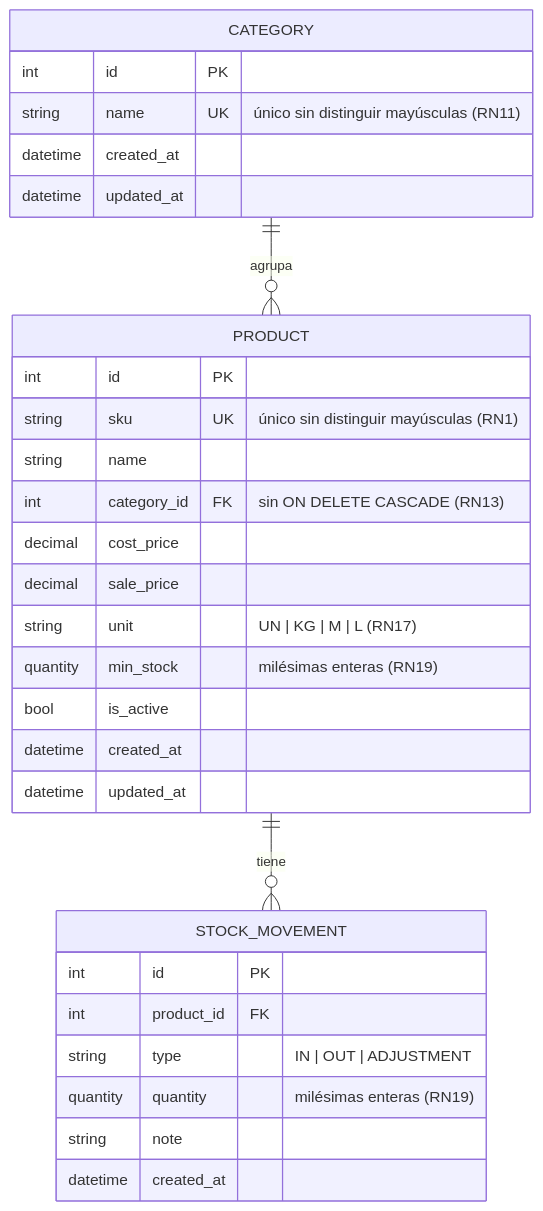
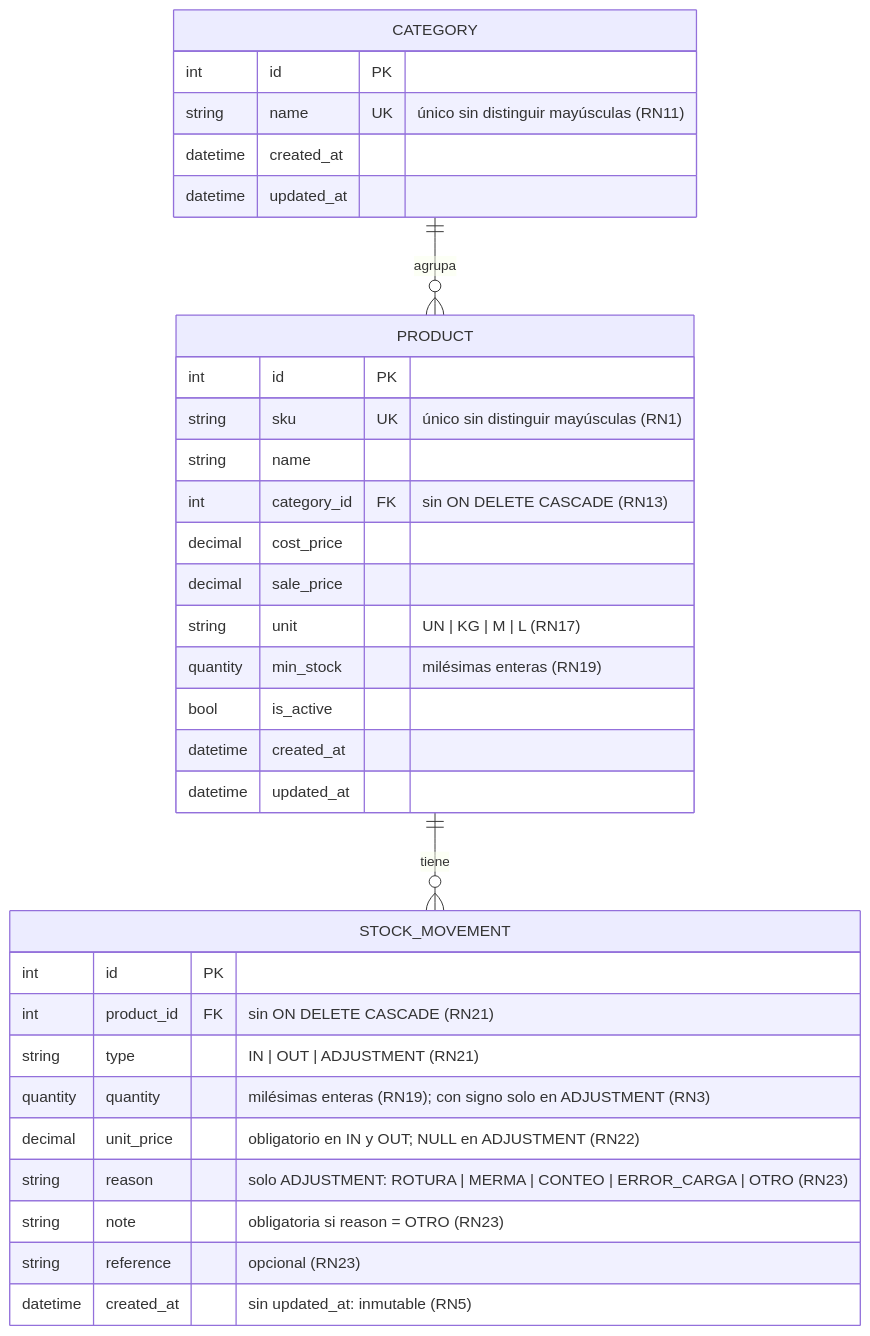
One commit to pablovskiestrada/stock-inventario changed the diagram in SPEC.md. Above: the diagram before and after it, drawn with Mermaid. The commit also changed other lines of this file and 8 other files, not shown here.

````diff
--- a/SPEC.md
+++ b/SPEC.md
@@ -34,33 +39,36 @@
 ```mermaid
 erDiagram
     CATEGORY ||--o{ PRODUCT : "agrupa"
     PRODUCT ||--o{ STOCK_MOVEMENT : "tiene"
 
     CATEGORY {
         int id PK
         string name UK "único sin distinguir mayúsculas (RN11)"
         datetime created_at
         datetime updated_at
     }
     PRODUCT {
         int id PK
         string sku UK "único sin distinguir mayúsculas (RN1)"
         string name
         int category_id FK "sin ON DELETE CASCADE (RN13)"
         decimal cost_price
         decimal sale_price
         string unit "UN | KG | M | L (RN17)"
         quantity min_stock "milésimas enteras (RN19)"
         bool is_active
         datetime created_at
         datetime updated_at
     }
     STOCK_MOVEMENT {
         int id PK
-        int product_id FK
-        string type "IN | OUT | ADJUSTMENT"
-        quantity quantity "milésimas enteras (RN19)"
-        string note
-        datetime created_at
+        int product_id FK "sin ON DELETE CASCADE (RN21)"
+        string type "IN | OUT | ADJUSTMENT (RN21)"
+        quantity quantity "milésimas enteras (RN19); con signo solo en ADJUSTMENT (RN3)"
+        decimal unit_price "obligatorio en IN y OUT; NULL en ADJUSTMENT (RN22)"
+        string reason "solo ADJUSTMENT: ROTURA | MERMA | CONTEO | ERROR_CARGA | OTRO (RN23)"
+        string note "obligatoria si reason = OTRO (RN23)"
+        string reference "opcional (RN23)"
+        datetime created_at "sin updated_at: inmutable (RN5)"
     }
 ```
````
